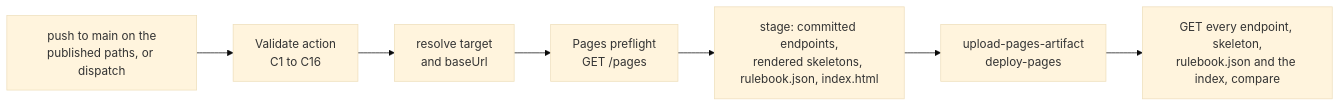
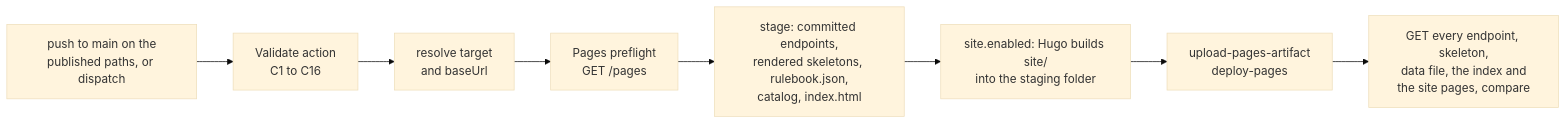
The third of 6 diagrams in docs/ARCHITECTURE.md (ALCops/rulebook-engine), drawn with Mermaid (base theme) before and after one commit. The commit also changed other lines of this file and 52 other files, not shown here.

First line of the commit message:
Dashboard site: Publish builds the matrix with one page per stage, level and rule, the cart opens the rulebook-change issue form, and catalog/diagnostics.json is published (#111)

````diff
--- a/docs/ARCHITECTURE.md
+++ b/docs/ARCHITECTURE.md
@@ -409,9 +409,10 @@
 ```mermaid
 flowchart LR
     push[push to main on the<br/>published paths, or dispatch] --> val[Validate action<br/>C1 to C16]
     val --> res[resolve target<br/>and baseUrl]
     res --> pre[Pages preflight<br/>GET /pages]
-    pre --> stage[stage: committed endpoints,<br/>rendered skeletons, rulebook.json, index.html]
-    stage --> dep[upload-pages-artifact<br/>deploy-pages]
-    dep --> chk[GET every endpoint, skeleton,<br/>rulebook.json and the index, compare]
+    pre --> stage[stage: committed endpoints,<br/>rendered skeletons, rulebook.json,<br/>catalog, index.html]
+    stage --> site[site.enabled: Hugo builds site/<br/>into the staging folder]
+    site --> dep[upload-pages-artifact<br/>deploy-pages]
+    dep --> chk[GET every endpoint, skeleton,<br/>data file, the index and<br/>the site pages, compare]
 ```
````
